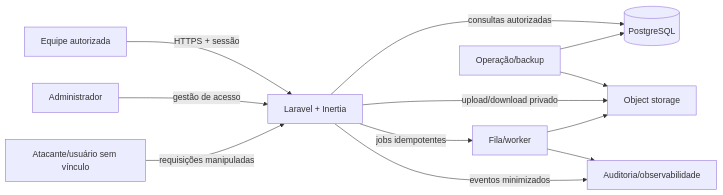
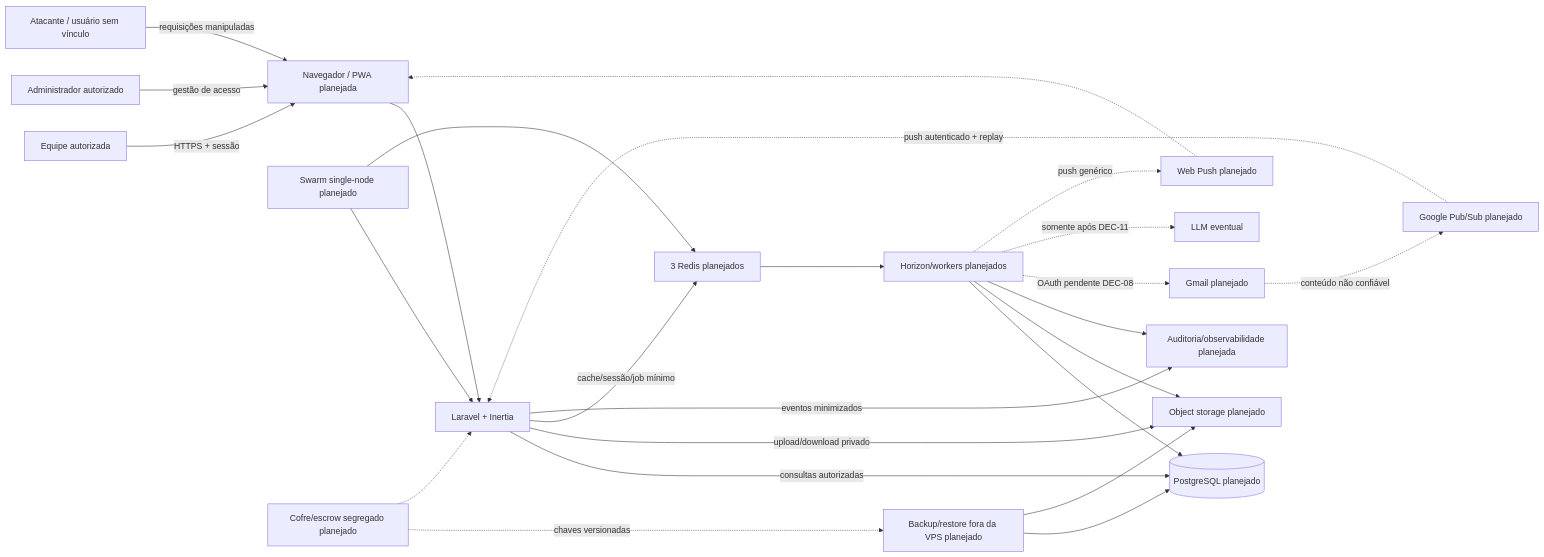
Before and after one commit to TommDaniel/centro_acolhimento: the diagram in SECURITY_THREAT_MODEL.md, drawn with Mermaid. The commit also changed other lines of this file and 8 other files, not shown here.

Commit message:
docs: consolidate architecture and product requirements

````diff
--- a/SECURITY_THREAT_MODEL.md
+++ b/SECURITY_THREAT_MODEL.md
@@ -16,14 +26,29 @@
 ```mermaid
 flowchart LR
-    U["Equipe autorizada"] -->|HTTPS + sessão| W["Laravel + Inertia"]
-    A["Administrador"] -->|gestão de acesso| W
-    X["Atacante/usuário sem vínculo"] -->|requisições manipuladas| W
-    W -->|consultas autorizadas| P[("PostgreSQL")]
-    W -->|upload/download privado| O["Object storage"]
-    W -->|jobs idempotentes| Q["Fila/worker"]
-    W -->|eventos minimizados| L["Auditoria/observabilidade"]
-    Q --> O
-    Q --> L
-    B["Operação/backup"] --> P
+    U["Equipe autorizada"] -->|"HTTPS + sessão"| C["Navegador / PWA planejada"]
+    A["Administrador autorizado"] -->|"gestão de acesso"| C
+    X["Atacante / usuário sem vínculo"] -->|"requisições manipuladas"| C
+    C --> W["Laravel + Inertia"]
+    W -->|"consultas autorizadas"| P[("PostgreSQL planejado")]
+    W -->|"upload/download privado"| O["Object storage planejado"]
+    W -->|"cache/sessão/job mínimo"| R["3 Redis planejados"]
+    R --> H["Horizon/workers planejados"]
+    W -->|"eventos minimizados"| L["Auditoria/observabilidade planejada"]
+    H --> P
+    H --> O
+    H --> L
+
+    G["Gmail planejado"] -.->|"conteúdo não confiável"| PS["Google Pub/Sub planejado"]
+    PS -.->|"push autenticado + replay"| W
+    H -.->|"OAuth pendente DEC-08"| G
+    H -.->|"somente após DEC-11"| AI["LLM eventual"]
+    H -.->|"push genérico"| PUSH["Web Push planejado"]
+    PUSH -.-> C
+
+    S["Swarm single-node planejado"] --> W
+    S --> R
+    B["Backup/restore fora da VPS planejado"] --> P
     B --> O
+    K["Cofre/escrow segregado planejado"] -.->|"chaves versionadas"| B
+    K -.-> W
 ```
````
